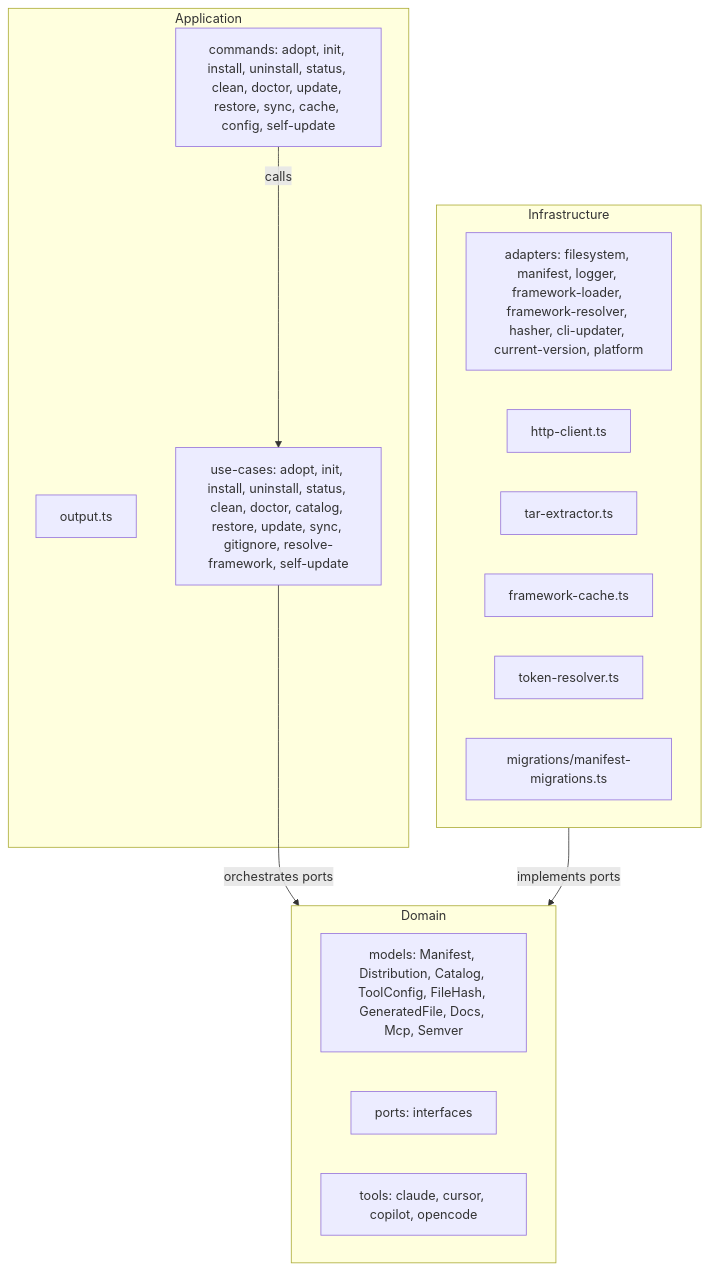
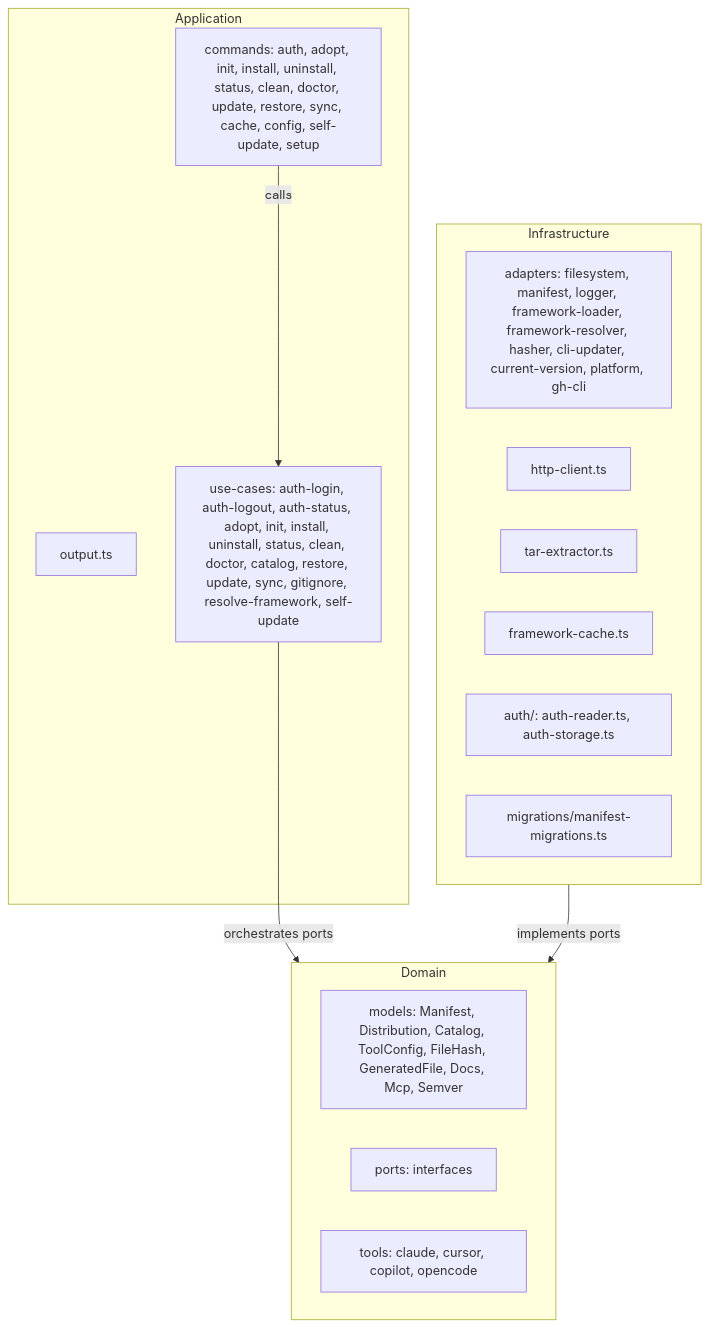
The second of 3 diagrams in aidd_docs/memory/architecture.md (ai-driven-dev/framework), drawn with Mermaid before and after one commit. The commit also changed other lines of this file and 7 other files, not shown here.

````diff
--- a/aidd_docs/memory/architecture.md
+++ b/aidd_docs/memory/architecture.md
@@ -40,24 +40,24 @@
 ```mermaid
 flowchart TD
     subgraph APP["Application"]
-        CMD_FILES["commands: adopt, init, install, uninstall, status, clean, doctor, update, restore, sync, cache, config, self-update"]
+        CMD_FILES["commands: auth, adopt, init, install, uninstall, status, clean, doctor, update, restore, sync, cache, config, self-update, setup"]
         OUTPUT["output.ts"]
-        USECASES["use-cases: adopt, init, install, uninstall, status, clean, doctor, catalog, restore, update, sync, gitignore, resolve-framework, self-update"]
+        USECASES["use-cases: auth-login, auth-logout, auth-status, adopt, init, install, uninstall, status, clean, doctor, catalog, restore, update, sync, gitignore, resolve-framework, self-update"]
     end
     subgraph DOM["Domain"]
         MODELS["models: Manifest, Distribution, Catalog, ToolConfig, FileHash, GeneratedFile, Docs, Mcp, Semver"]
         PORTS["ports: interfaces"]
         TOOLS["tools: claude, cursor, copilot, opencode"]
     end
     subgraph INFRA["Infrastructure"]
-        ADAPTERS["adapters: filesystem, manifest, logger, framework-loader, framework-resolver, hasher, cli-updater, current-version, platform"]
+        ADAPTERS["adapters: filesystem, manifest, logger, framework-loader, framework-resolver, hasher, cli-updater, current-version, platform, gh-cli"]
         HTTP["http-client.ts"]
         TAR["tar-extractor.ts"]
         CACHE["framework-cache.ts"]
-        TOKEN["token-resolver.ts"]
+        AUTH["auth/: auth-reader.ts, auth-storage.ts"]
         MIG["migrations/manifest-migrations.ts"]
     end
     CMD_FILES -->|calls| USECASES
     USECASES -->|orchestrates ports| DOM
     INFRA -->|implements ports| DOM
 ```
````
